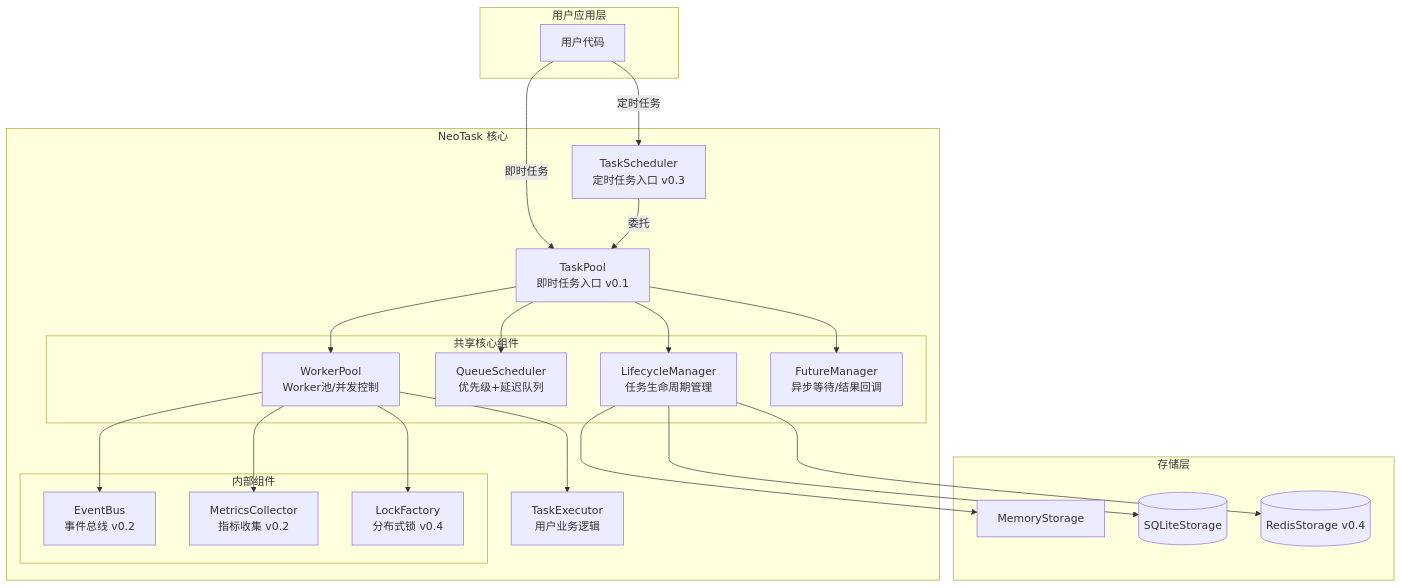
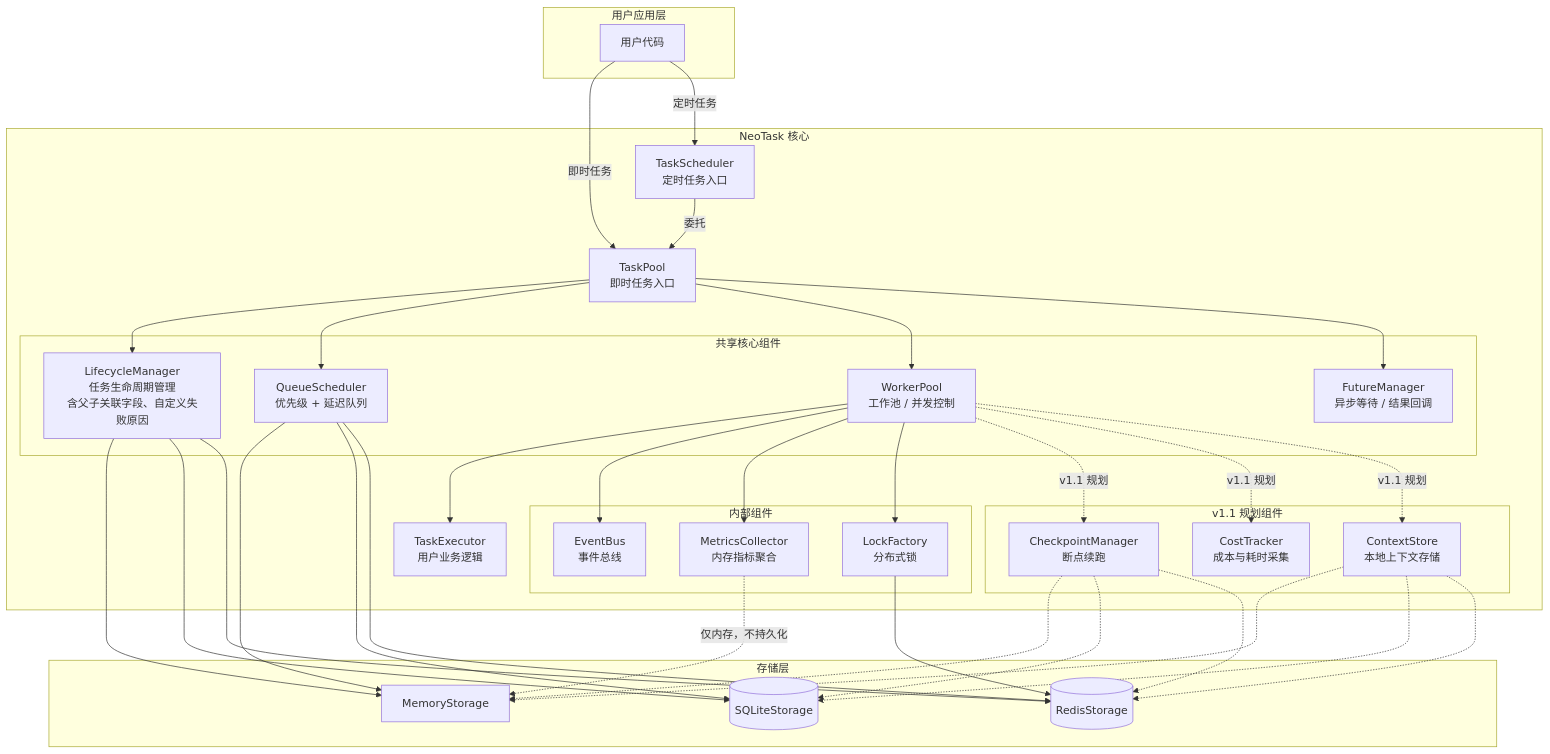
Before and after one commit to neopen/neotask: the first of 2 diagrams in README_zh.md, drawn with Mermaid. The commit also changed other lines of this file and 1 other file, not shown here.

First line of the commit message:
docs: 更新 README 架构图、路线图与 v1.1 能力说明

````diff
--- a/README_zh.md
+++ b/README_zh.md
@@ -67,49 +69,74 @@
 ```mermaid
 graph TB
     subgraph User["用户应用层"]
         APP[用户代码]
     end
-    
+
     subgraph NeoTask["NeoTask 核心"]
-        TP[TaskPool<br/>即时任务入口 v0.1]
-        TS[TaskScheduler<br/>定时任务入口 v0.3]
-        
+        TP[TaskPool<br/>即时任务入口]
+        TS[TaskScheduler<br/>定时任务入口]
+
         subgraph Core["共享核心组件"]
-            LM[LifecycleManager<br/>任务生命周期管理]
-            QS[QueueScheduler<br/>优先级+延迟队列]
-            WP[WorkerPool<br/>Worker池/并发控制]
-            FM[FutureManager<br/>异步等待/结果回调]
+            LM[LifecycleManager<br/>任务生命周期管理<br/>含父子关联字段、自定义失败原因]
+            QS[QueueScheduler<br/>优先级 + 延迟队列]
+            WP[WorkerPool<br/>工作池 / 并发控制]
+            FM[FutureManager<br/>异步等待 / 结果回调]
         end
-        
+
+        subgraph Planned["v1.1 规划组件"]
+            CK[CheckpointManager<br/>断点续跑]
+            CT[CostTracker<br/>成本与耗时采集]
+            CS[ContextStore<br/>本地上下文存储]
+        end
+
         subgraph Internal["内部组件"]
-            EB[EventBus<br/>事件总线 v0.2]
-            MC[MetricsCollector<br/>指标收集 v0.2]
-            LF[LockFactory<br/>分布式锁 v0.4]
+            EB[EventBus<br/>事件总线]
+            MC[MetricsCollector<br/>内存指标聚合]
+            LF[LockFactory<br/>分布式锁]
         end
-        
+
         EX[TaskExecutor<br/>用户业务逻辑]
     end
-    
+
     subgraph Storage["存储层"]
         MEM[MemoryStorage]
         SQLITE[(SQLiteStorage)]
-        REDIS[(RedisStorage v0.4)]
+        REDIS[(RedisStorage)]
     end
-    
+
     APP -->|即时任务| TP
     APP -->|定时任务| TS
     TS -->|委托| TP
     TP --> LM
     TP --> QS
     TP --> WP
     TP --> FM
-    
-    LM --> MEM
-    LM --> SQLITE
-    LM --> REDIS
-    
+
     WP --> EX
     WP --> EB
     WP --> MC
     WP --> LF
+    WP -.->|v1.1 规划| CK
+    WP -.->|v1.1 规划| CT
+    WP -.->|v1.1 规划| CS
+
+    LM --> MEM
+    LM --> SQLITE
+    LM --> REDIS
+
+    QS --> MEM
+    QS --> SQLITE
+    QS --> REDIS
+
+    CK -.-> MEM
+    CK -.-> SQLITE
+    CK -.-> REDIS
+
+    CS -.-> MEM
+    CS -.-> SQLITE
+    CS -.-> REDIS
+
+    MC -.->|仅内存，不持久化| MEM
+
+    LF --> REDIS
 ```
````
